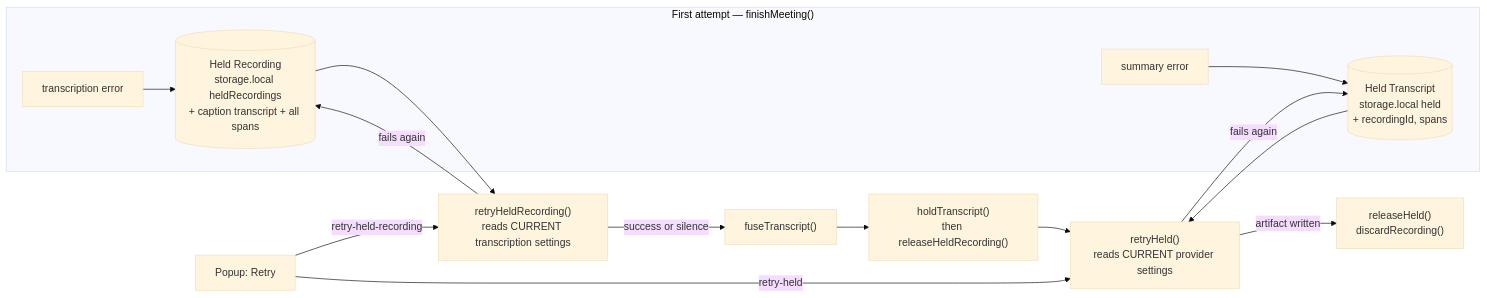
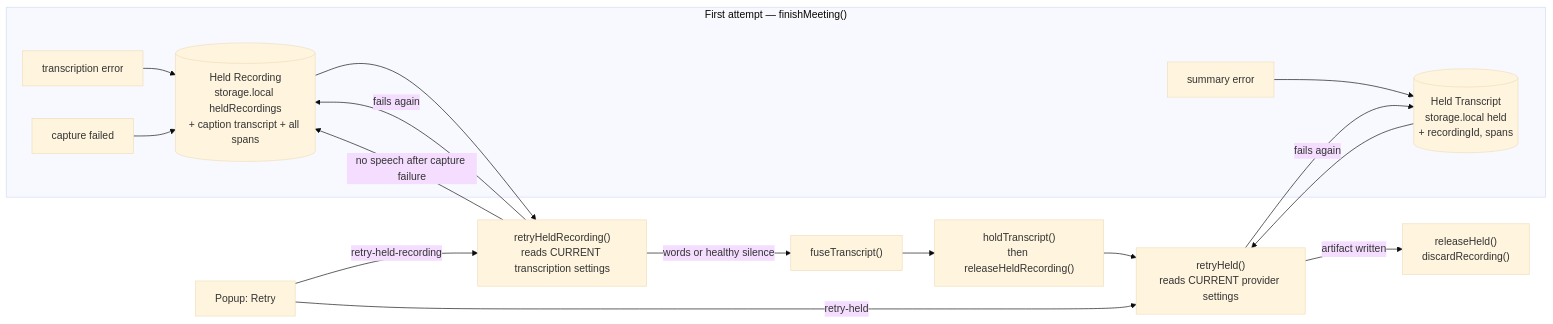
One commit to dominic676767/meeting-summarizer changed the tenth of 11 diagrams in docs/ARCHITECTURE.md. Above: the diagram before and after it, drawn with Mermaid (base theme). The commit also changed other lines of this file and 54 other files, not shown here.

````diff
--- a/docs/ARCHITECTURE.md
+++ b/docs/ARCHITECTURE.md
@@ -450,18 +486,20 @@
 ```mermaid
 flowchart LR
     subgraph first["First attempt — finishMeeting()"]
         txFail["transcription error"] --> hr[("Held Recording<br/>storage.local heldRecordings<br/>+ caption transcript + all spans")]
+        capFail["capture failed"] --> hr
         sumFail["summary error"] --> ht[("Held Transcript<br/>storage.local held<br/>+ recordingId, spans")]
     end
 
     popup["Popup: Retry"] -- "retry-held-recording" --> rhr["retryHeldRecording()<br/>reads CURRENT transcription settings"]
     hr --> rhr
-    rhr -- "success or silence" --> fuse2["fuseTranscript()"] --> ht2["holdTranscript()<br/>then releaseHeldRecording()"]
+    rhr -- "words or healthy silence" --> fuse2["fuseTranscript()"] --> ht2["holdTranscript()<br/>then releaseHeldRecording()"]
     ht2 --> rh
     rhr -- "fails again" --> hr
+    rhr -- "no speech after capture failure" --> hr
 
     popup -- "retry-held" --> rh["retryHeld()<br/>reads CURRENT provider settings"]
     ht --> rh
     rh -- "artifact written" --> rel["releaseHeld()<br/>discardRecording()"]
     rh -- "fails again" --> ht
 ```
````
